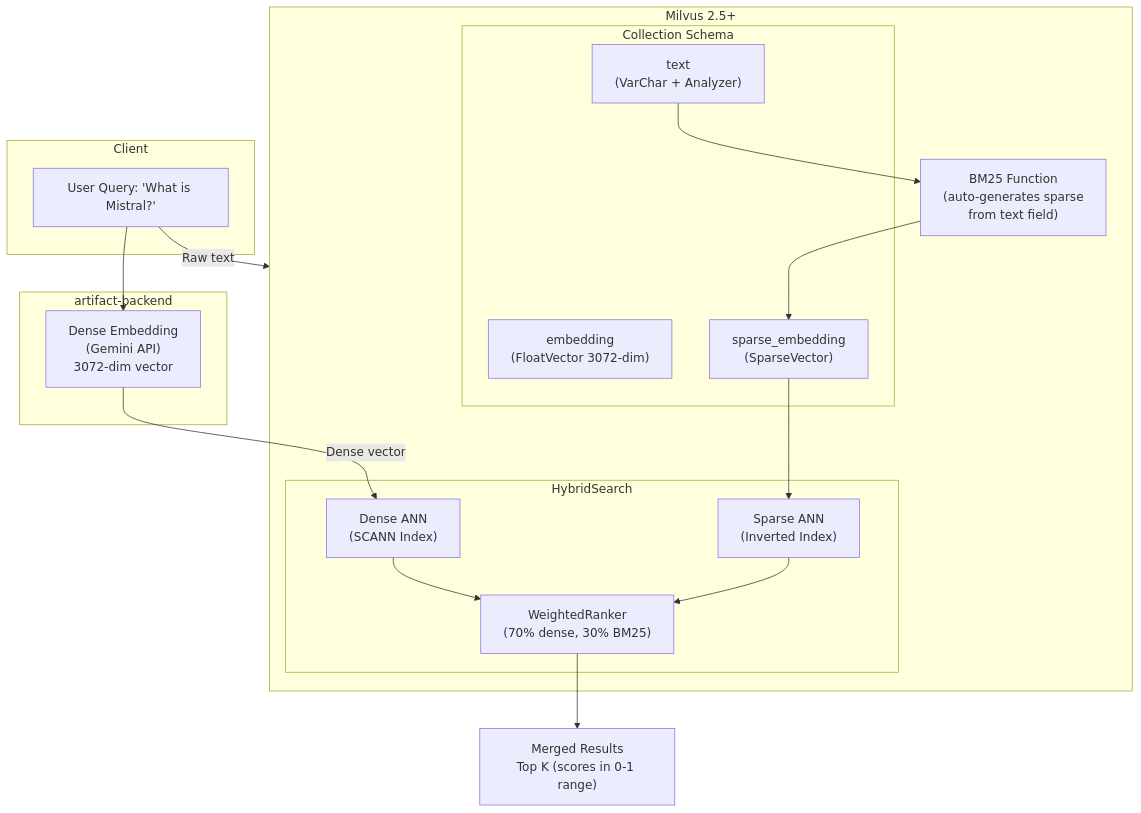
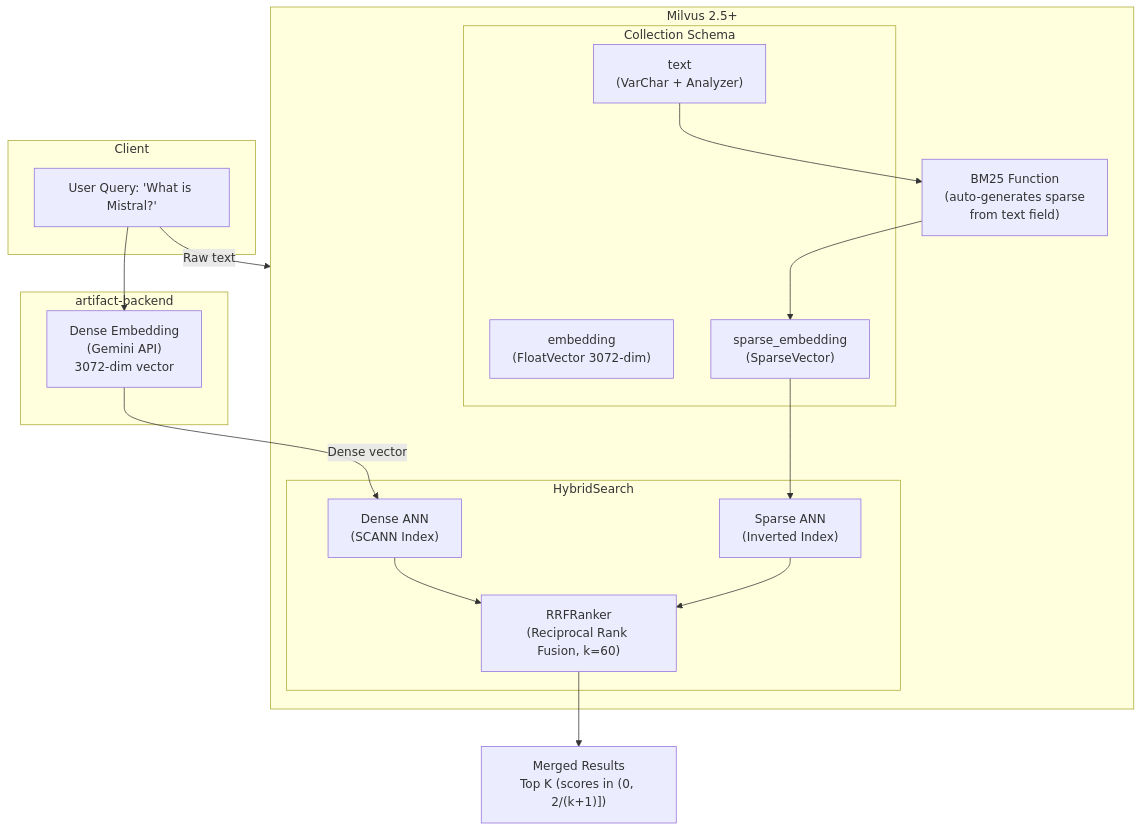
One commit to instill-ai/artifact-backend changed the first of 4 diagrams in docs/hybrid-search-implementation.md. Above: the diagram before and after it, drawn with Mermaid. The commit also changed other lines of this file and 24 other files, not shown here.

````diff
--- a/docs/hybrid-search-implementation.md
+++ b/docs/hybrid-search-implementation.md
@@ -15,36 +15,36 @@
 ```mermaid
 flowchart TB
     subgraph Client
         Query["User Query: 'What is Mistral?'"]
     end
 
     subgraph ArtifactBackend["artifact-backend"]
         Embedding["Dense Embedding<br/>(Gemini API)<br/>3072-dim vector"]
     end
 
     subgraph Milvus["Milvus 2.5+"]
         subgraph Storage["Collection Schema"]
             DenseField["embedding<br/>(FloatVector 3072-dim)"]
             TextField["text<br/>(VarChar + Analyzer)"]
             SparseField["sparse_embedding<br/>(SparseVector)"]
         end
 
         BM25Func["BM25 Function<br/>(auto-generates sparse<br/>from text field)"]
 
         subgraph Search["HybridSearch"]
             DenseANN["Dense ANN<br/>(SCANN Index)"]
             SparseANN["Sparse ANN<br/>(Inverted Index)"]
-            WR["WeightedRanker<br/>(70% dense, 30% BM25)"]
+            RRF["RRFRanker<br/>(Reciprocal Rank Fusion, k=60)"]
         end
     end
 
     Query --> Embedding
     Query --> |"Raw text"| Milvus
     Embedding --> |"Dense vector"| DenseANN
     TextField --> BM25Func
     BM25Func --> SparseField
     SparseField --> SparseANN
-    DenseANN --> WR
-    SparseANN --> WR
-    WR --> Results["Merged Results<br/>Top K (scores in 0-1 range)"]
+    DenseANN --> RRF
+    SparseANN --> RRF
+    RRF --> Results["Merged Results<br/>Top K (scores in (0, 2/(k+1)])"]
 ```
````
